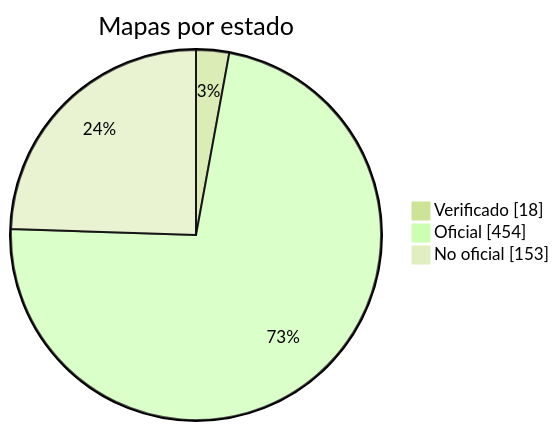
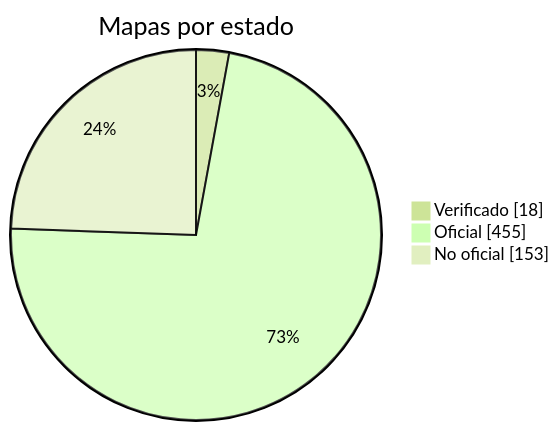
The diagram in docs/readme/README_ES.md (nobrega8/mbmap-library), drawn with Mermaid (forest theme) before and after one commit. The commit also changed 6 other files, not shown here.

````diff
--- a/docs/readme/README_ES.md
+++ b/docs/readme/README_ES.md
@@ -54,7 +54,7 @@
 ```mermaid
 pie showData
     title Mapas por estado
     "Verificado" : 18
-    "Oficial" : 454
+    "Oficial" : 455
     "No oficial" : 153
 ```
````
